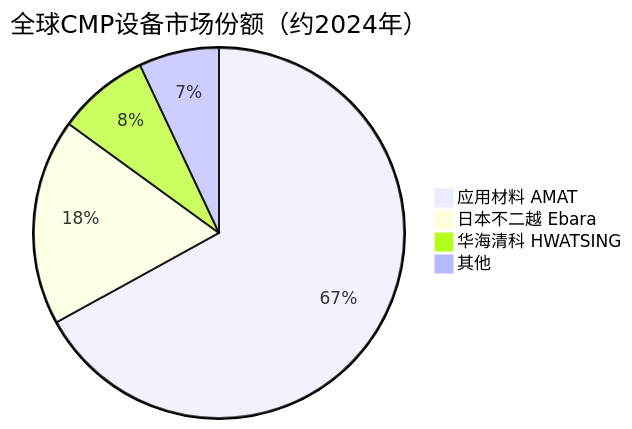
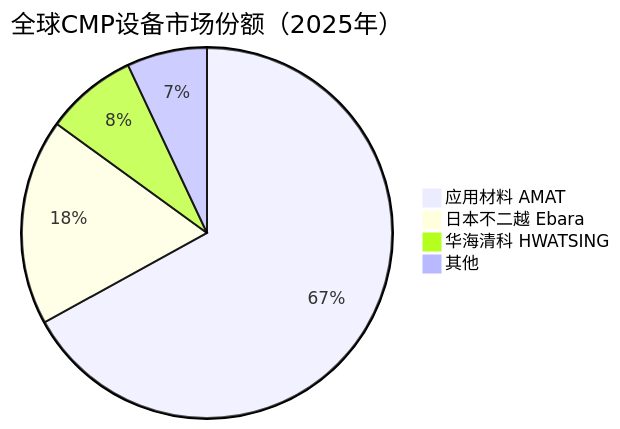
Before and after one commit to blueprint1453/industry-insight: the third of 3 diagrams in 存储产业链/上游/CMP与量检测设备.md, drawn with Mermaid. The commit also changed other lines of this file and 78 other files, not shown here.

````diff
--- a/存储产业链/上游/CMP与量检测设备.md
+++ b/存储产业链/上游/CMP与量检测设备.md
@@ -108,7 +108,7 @@
 ```mermaid
-pie title 全球CMP设备市场份额（约2024年）
+pie title 全球CMP设备市场份额（2025年）
     "应用材料 AMAT" : 67
     "日本不二越 Ebara" : 18
     "华海清科 HWATSING" : 8
     "其他" : 7
 ```
````
